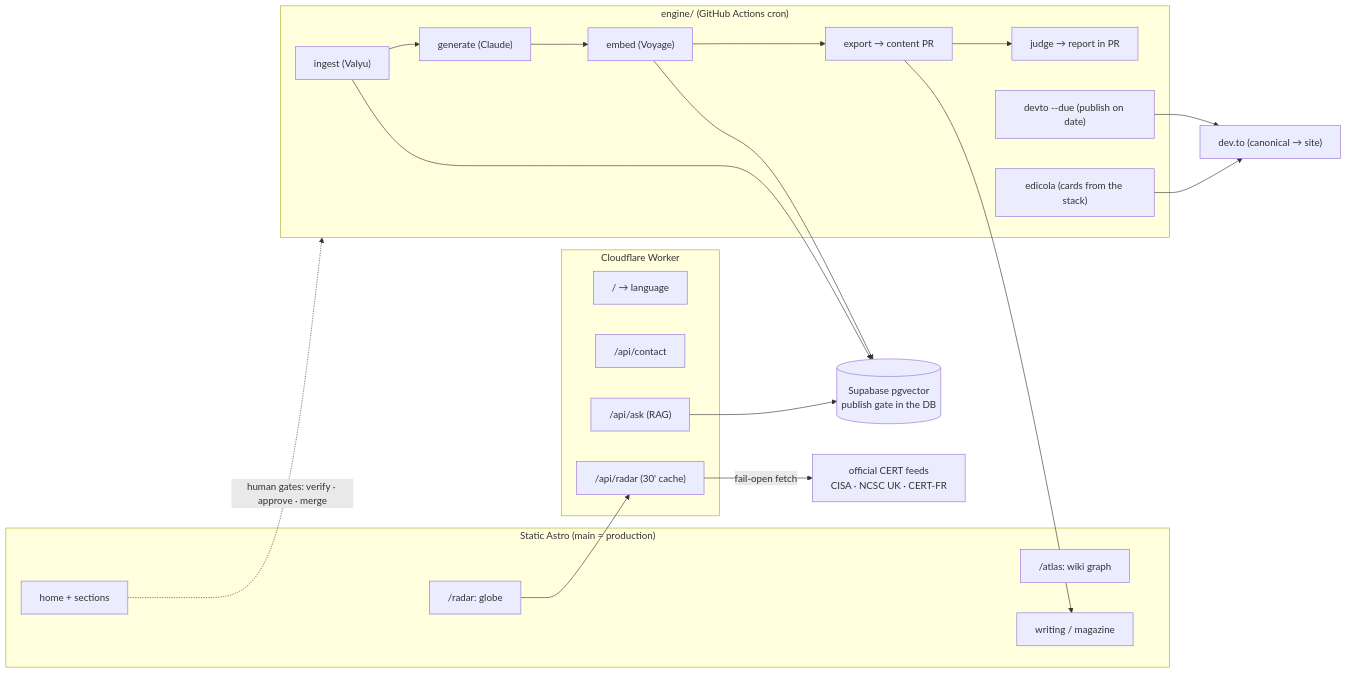
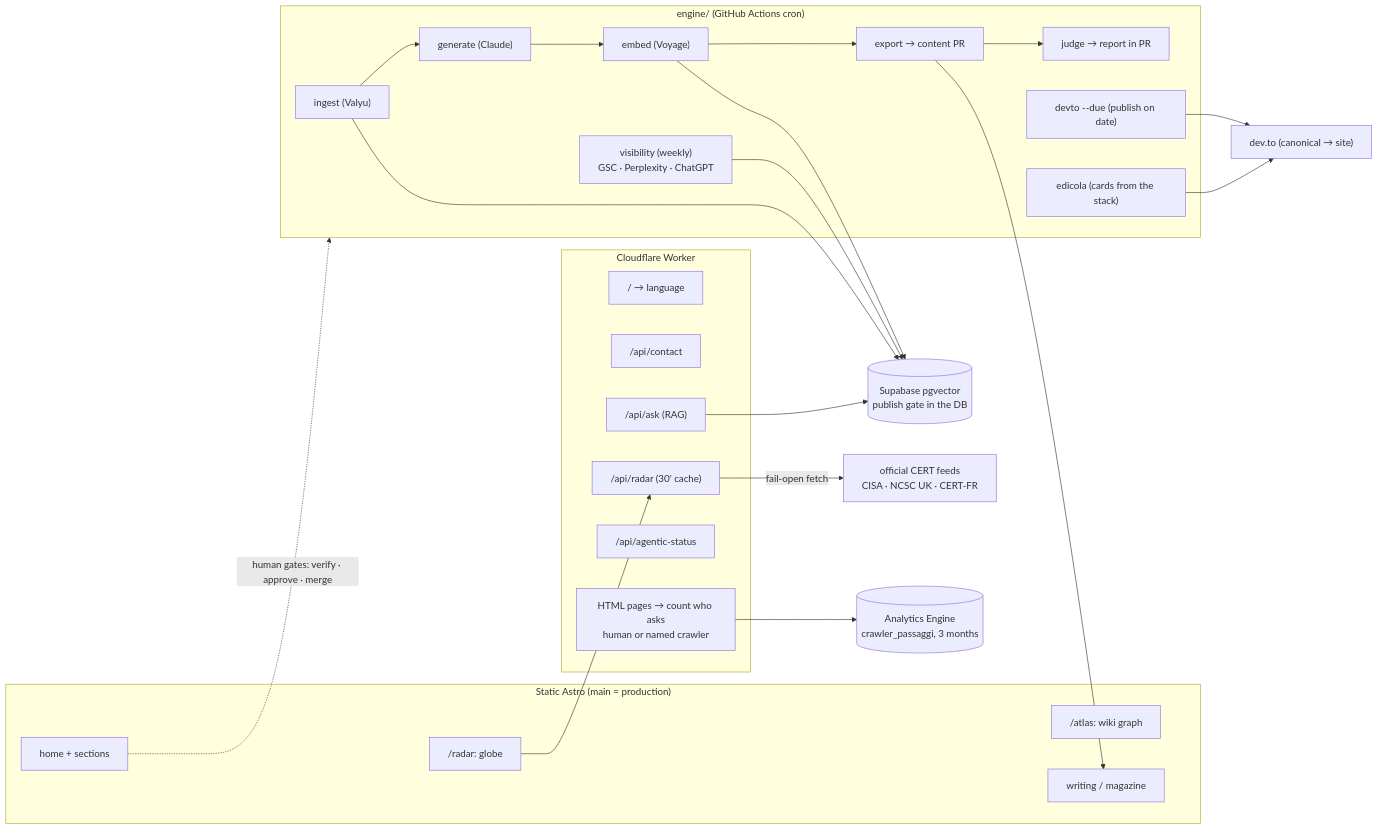
The diagram in README.md (MK023/marcobellingeri.dev), drawn with Mermaid before and after one commit. The commit also changed other lines of this file and 12 other files, not shown here.

````diff
--- a/README.md
+++ b/README.md
@@ -200,35 +219,41 @@
 ```mermaid
 flowchart LR
     subgraph EDGE["Cloudflare Worker"]
         W["/  → language"]
         C["/api/contact"]
         A["/api/ask (RAG)"]
         R["/api/radar (30' cache)"]
+        S["/api/agentic-status"]
+        CNT["HTML pages → count who asks<br/>human or named crawler"]
     end
     subgraph SITE["Static Astro (main = production)"]
         HOME["home + sections"]
         RAD["/radar: globe"]
         ATL["/atlas: wiki graph"]
         WRI["writing / magazine"]
     end
     subgraph ENGINE["engine/ (GitHub Actions cron)"]
         ING["ingest (Valyu)"] --> GEN["generate (Claude)"]
         GEN --> EMB["embed (Voyage)"] --> EXP["export → content PR"]
         EXP --> JUD["judge → report in PR"]
         DUE["devto --due (publish on date)"]
         CARD["edicola (cards from the stack)"]
+        VIS["visibility (weekly)<br/>GSC · Perplexity · ChatGPT"]
     end
     DB[("Supabase pgvector<br/>publish gate in the DB")]
     CERT["official CERT feeds<br/>CISA · NCSC UK · CERT-FR"]
     DEVTO["dev.to (canonical → site)"]
+    AE[("Analytics Engine<br/>crawler_passaggi, 3 months")]
 
     R -->|"fail-open fetch"| CERT
     A --> DB
     ING --> DB
     EMB --> DB
     EXP --> WRI
     DUE --> DEVTO
     CARD --> DEVTO
     RAD --> R
+    CNT --> AE
+    VIS --> DB
     HOME -.->|"human gates: verify · approve · merge"| ENGINE
 ```
````
